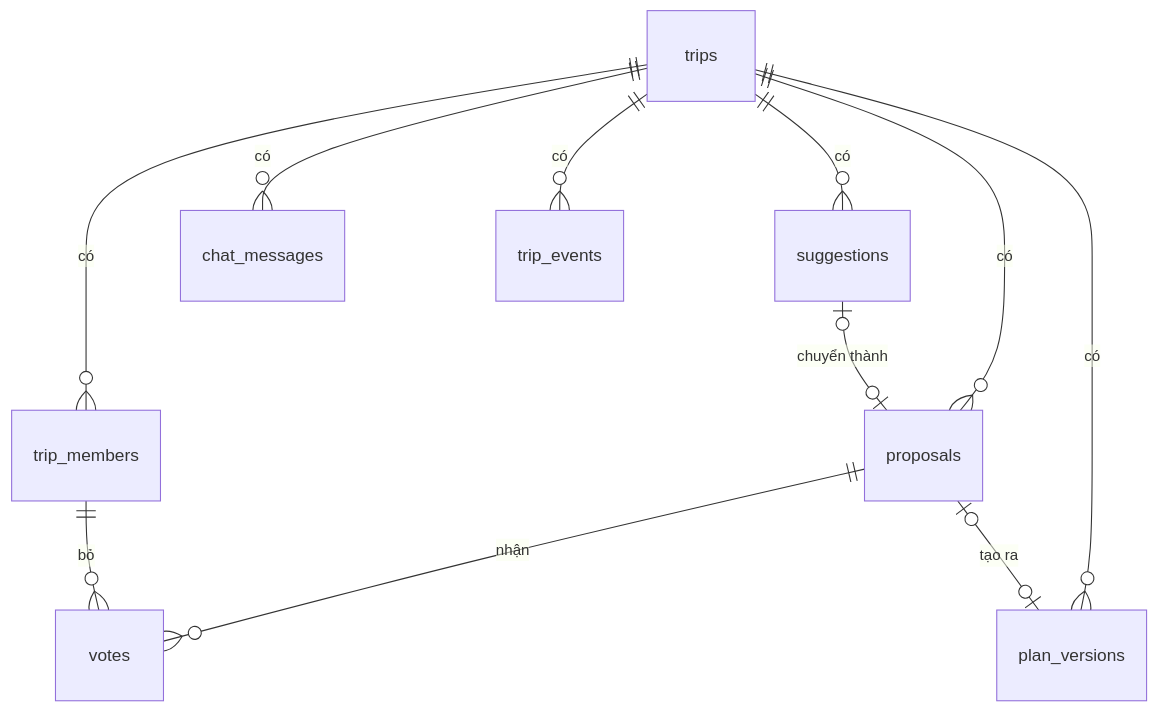
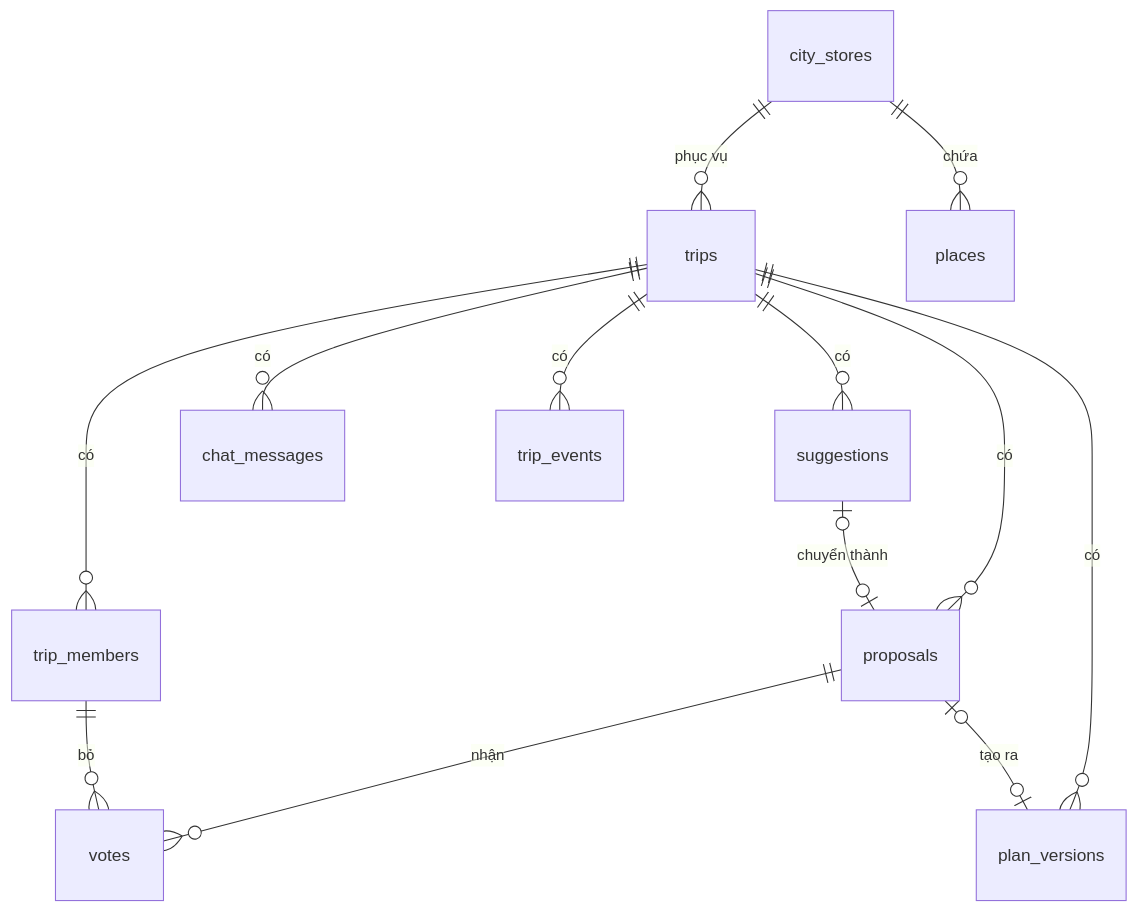
Before and after one commit to onedvu315itech/K5-Day15-L3A-Spiritup: the first of 3 diagrams in docs/DATABASE.md, drawn with Mermaid. The commit also changed other lines of this file and 40 other files, not shown here.

````diff
--- a/docs/DATABASE.md
+++ b/docs/DATABASE.md
@@ -16,13 +16,15 @@
 ```mermaid
 erDiagram
   trips ||--o{ trip_members : "có"
   trips ||--o{ plan_versions : "có"
   trips ||--o{ proposals : "có"
   trips ||--o{ suggestions : "có"
   trips ||--o{ chat_messages : "có"
   trips ||--o{ trip_events : "có"
   proposals ||--o{ votes : "nhận"
   trip_members ||--o{ votes : "bỏ"
   suggestions |o--o| proposals : "chuyển thành"
   proposals |o--o| plan_versions : "tạo ra"
+  city_stores ||--o{ places : "chứa"
+  city_stores ||--o{ trips : "phục vụ"
 ```
````
